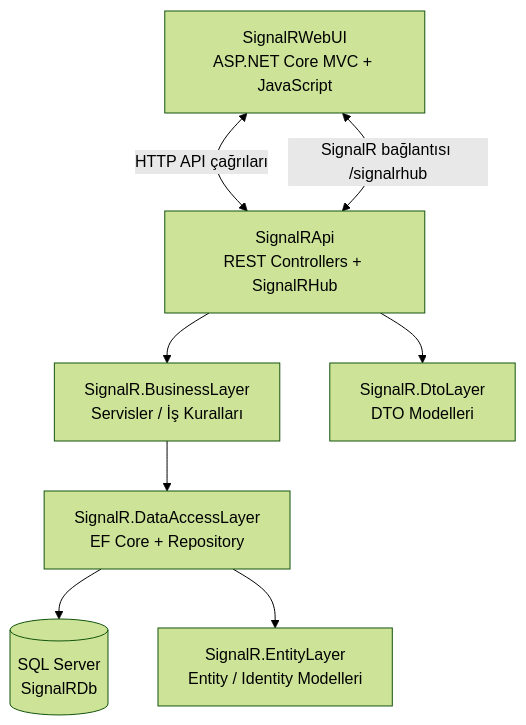
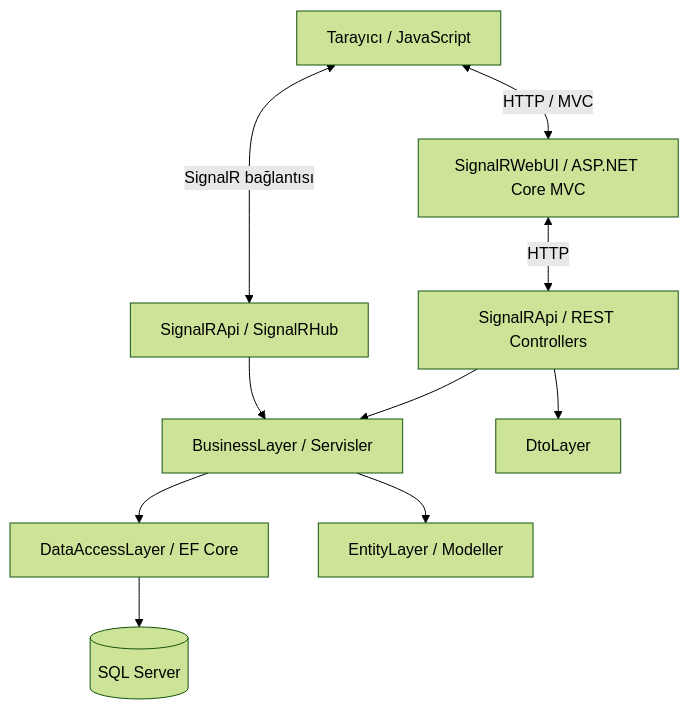
One commit to HalilGorkemUysal/SignalRProject changed the second of 2 diagrams in README.md. Above: the diagram before and after it, drawn with Mermaid (forest theme). The commit also changed other lines of this file, not shown here.

````diff
--- a/README.md
+++ b/README.md
@@ -141,17 +365,12 @@
 ```mermaid
-flowchart TB
-    UI["SignalRWebUI<br/>ASP.NET Core MVC + JavaScript"]
-    API["SignalRApi<br/>REST Controllers + SignalRHub"]
-    BLL["SignalR.BusinessLayer<br/>Servisler / İş Kuralları"]
-    DAL["SignalR.DataAccessLayer<br/>EF Core + Repository"]
-    DB[("SQL Server<br/>SignalRDb")]
-    DTO["SignalR.DtoLayer<br/>DTO Modelleri"]
-    ENT["SignalR.EntityLayer<br/>Entity / Identity Modelleri"]
-    UI <-->|"HTTP API çağrıları"| API
-    UI <-->|"SignalR bağlantısı /signalrhub"| API
-    API --> BLL
-    API --> DTO
-    BLL --> DAL
-    DAL --> DB
-    DAL --> ENT
+flowchart TD
+    C[Tarayıcı / JavaScript] <-->|SignalR bağlantısı| H[SignalRApi / SignalRHub]
+    C <-->|HTTP / MVC| UI[SignalRWebUI / ASP.NET Core MVC]
+    UI <-->|HTTP| A[SignalRApi / REST Controllers]
+    H --> B[BusinessLayer / Servisler]
+    A --> B
+    B --> D[DataAccessLayer / EF Core]
+    D --> DB[(SQL Server)]
+    B --> E[EntityLayer / Modeller]
+    A --> DTO[DtoLayer]
 ```
````
